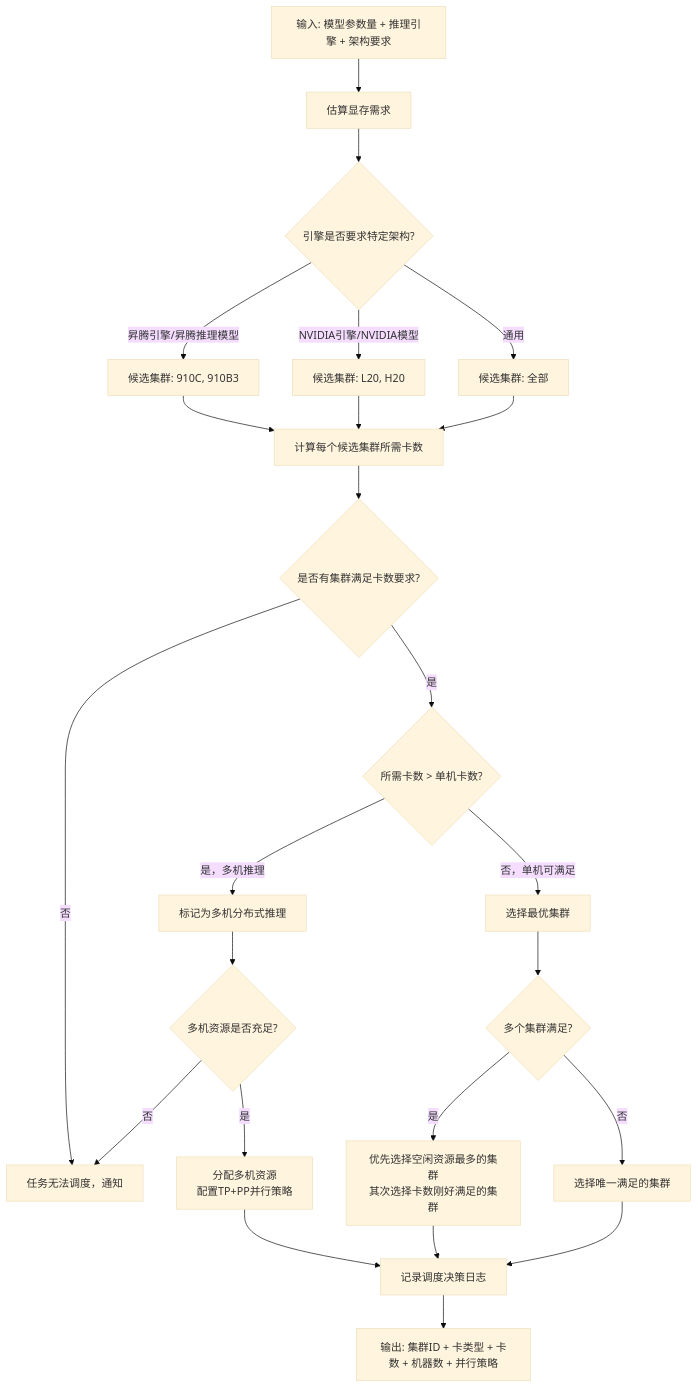
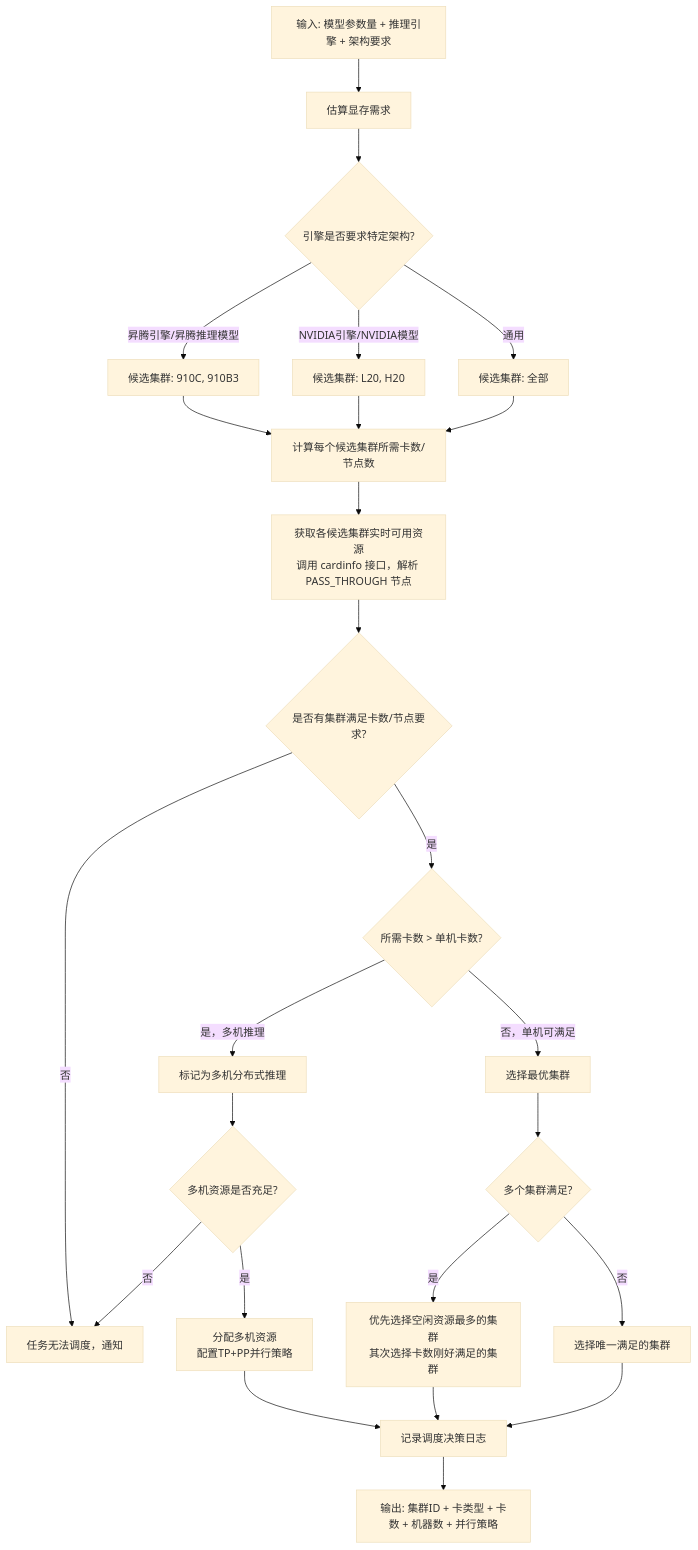
Before and after one commit to willingcd/iResourceScheduler: the diagram in 智能资源调度.md, drawn with Mermaid (base theme). The commit also changed other lines of this file and 8 other files, not shown here.

````diff
--- a/智能资源调度.md
+++ b/智能资源调度.md
@@ -33,34 +79,35 @@
 ```mermaid
 flowchart TD
 A[输入: 模型参数量 + 推理引擎 + 架构要求] --> B[估算显存需求]
 B --> C{引擎是否要求特定架构?}
 
 C -->|昇腾引擎/昇腾推理模型| D[候选集群: 910C, 910B3]
 C -->|NVIDIA引擎/NVIDIA模型| E[候选集群: L20, H20]
 C -->|通用| F[候选集群: 全部]
 
-D --> G[计算每个候选集群所需卡数]
+D --> G[计算每个候选集群所需卡数/节点数]
 E --> G
 F --> G
 
-G --> H{是否有集群满足卡数要求?}
+G --> G2[获取各候选集群实时可用资源<br/>调用 cardinfo 接口，解析 PASS_THROUGH 节点]
+G2 --> H{是否有集群满足卡数/节点要求?}
 H -->|否| I[任务无法调度，通知]
 H -->|是| J{所需卡数 > 单机卡数?}
 
 J -->|是，多机推理| K[标记为多机分布式推理]
 J -->|否，单机可满足| L[选择最优集群]
 
 K --> K1{多机资源是否充足?}
 K1 -->|否| I
 K1 -->|是| K2[分配多机资源<br/>配置TP+PP并行策略]
 
 L --> M{多个集群满足?}
 M -->|是| M1[优先选择空闲资源最多的集群<br/>其次选择卡数刚好满足的集群]
 M -->|否| M2[选择唯一满足的集群]
 
 K2 --> N[记录调度决策日志]
 M1 --> N
 M2 --> N
 
 N --> O[输出: 集群ID + 卡类型 + 卡数 + 机器数 + 并行策略]
 ```
````
